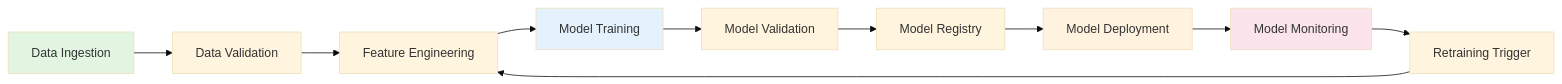
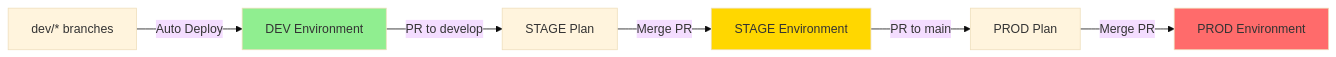
The second of 2 diagrams in README.md (Cpicon/mlops_terraform), drawn with Mermaid (base theme) before and after one commit. The commit also changed other lines of this file and 1 other file, not shown here.

````diff
--- a/README.md
+++ b/README.md
@@ -55,17 +47,12 @@
 ```mermaid
 graph LR
-    A[Data Ingestion] --> B[Data Validation]
-    B --> C[Feature Engineering]
-    C --> D[Model Training]
-    D --> E[Model Validation]
-    E --> F[Model Registry]
-    F --> G[Model Deployment]
-    G --> H[Model Monitoring]
-    H --> I[Retraining Trigger]
-    I --> C
+    A[dev/* branches] -->|Auto Deploy| B[DEV Environment]
+    B -->|PR to develop| C[STAGE Plan]
+    C -->|Merge PR| D[STAGE Environment]
+    D -->|PR to main| E[PROD Plan]
+    E -->|Merge PR| F[PROD Environment]
     
-    style A fill:#e1f5e1
-    style D fill:#e3f2fd
-    style G fill:#fff3e0
-    style H fill:#fce4ec
+    style B fill:#90EE90
+    style D fill:#FFD700
+    style F fill:#FF6B6B
 ```
````
